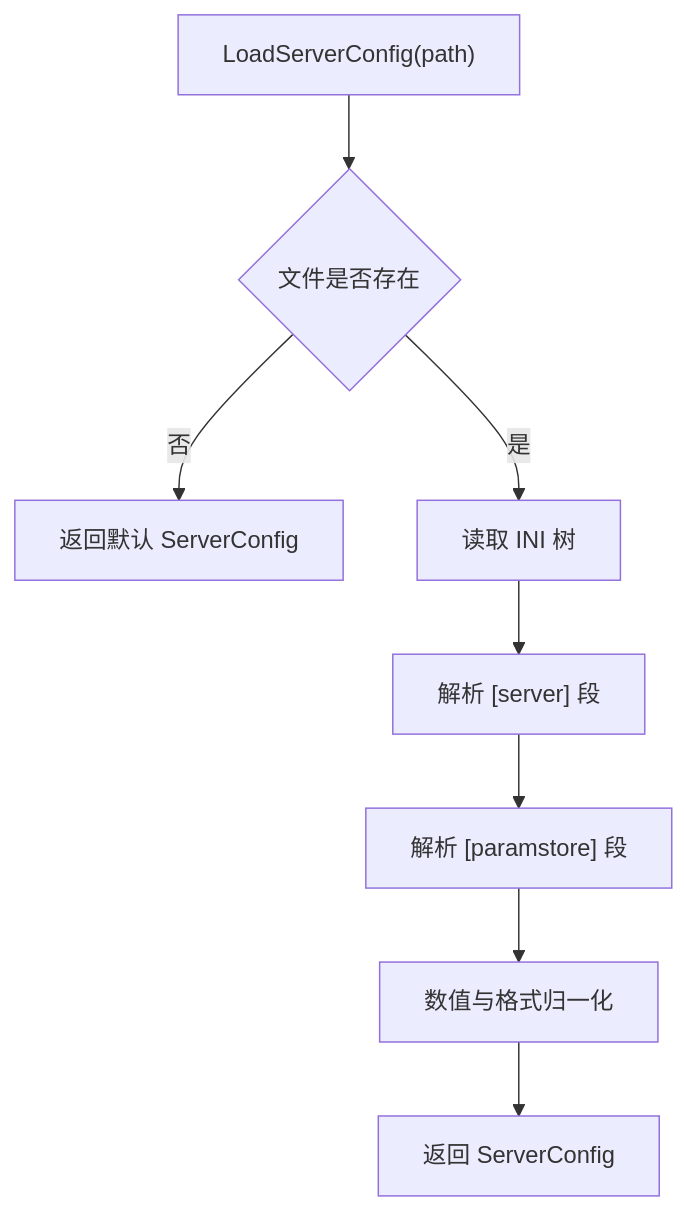
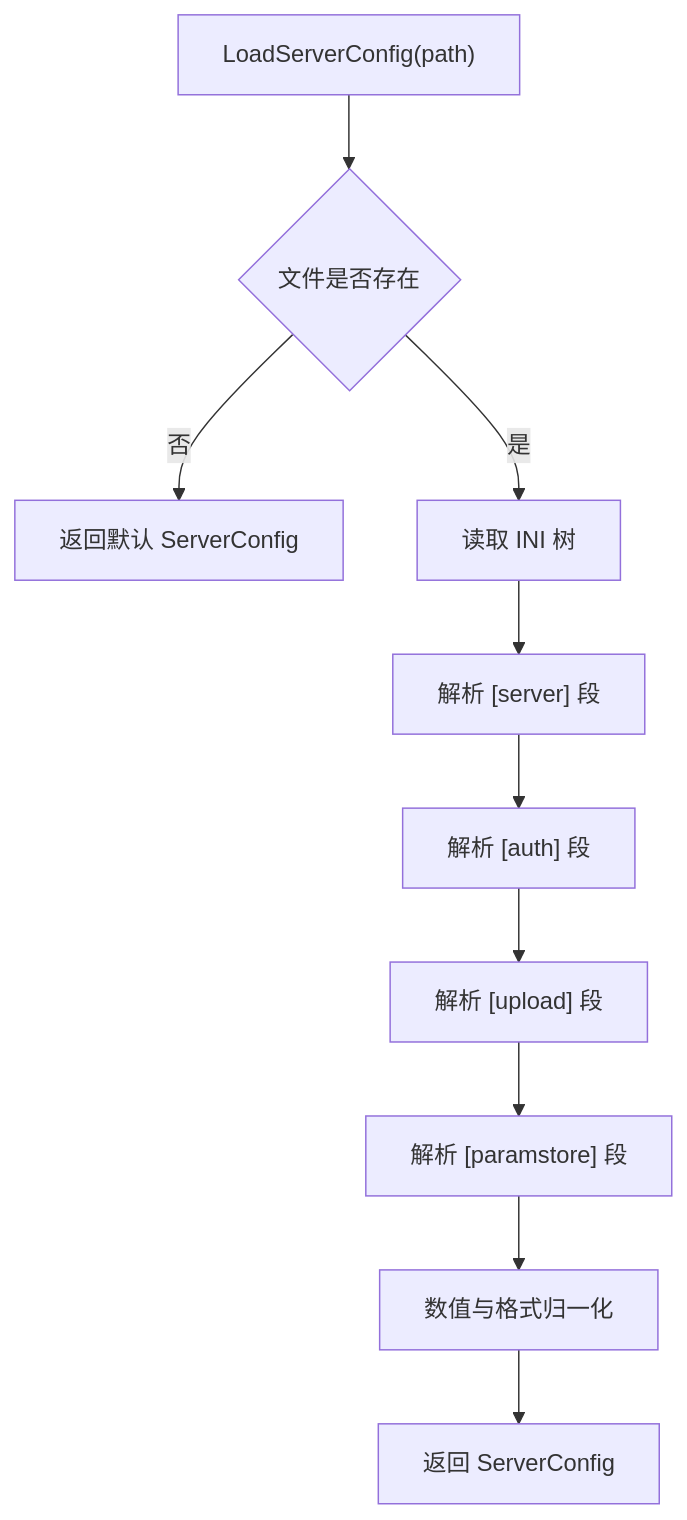
Diagram 11 of 16 in .qoder/repowiki/zh/content/高级主题/REST API 服务进程.md (hsmbanlance/HsBaSlicer), drawn with Mermaid before and after one commit. The commit also changed other lines of this file and 101 other files, not shown here.

````diff
--- a/.qoder/repowiki/zh/content/高级主题/REST API 服务进程.md
+++ b/.qoder/repowiki/zh/content/高级主题/REST API 服务进程.md
@@ -386,10 +481,12 @@
 ```mermaid
 flowchart TD
 Start["LoadServerConfig(path)"] --> Exists{"文件是否存在"}
 Exists --> |否| ReturnDefaults["返回默认 ServerConfig"]
 Exists --> |是| ReadIni["读取 INI 树"]
 ReadIni --> ParseServer["解析 [server] 段"]
-ParseServer --> ParseParamstore["解析 [paramstore] 段"]
+ParseServer --> ParseAuth["解析 [auth] 段"]
+ParseAuth --> ParseUpload["解析 [upload] 段"]
+ParseUpload --> ParseParamstore["解析 [paramstore] 段"]
 ParseParamstore --> Normalize["数值与格式归一化"]
 Normalize --> ReturnCfg["返回 ServerConfig"]
 ```
````
